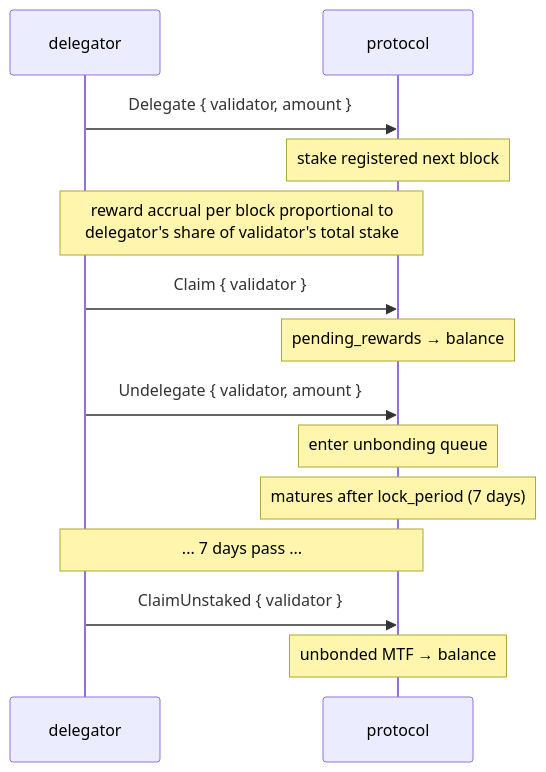
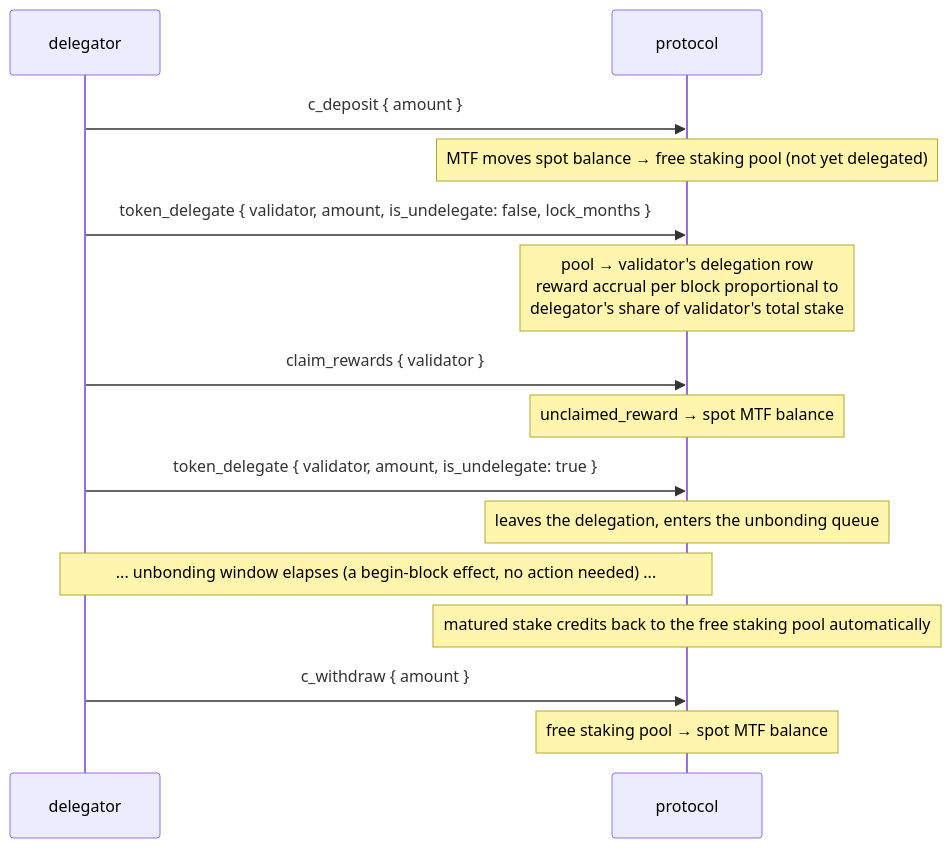
One commit to mtf-exchange/metaflux-knowledges changed the first of 2 diagrams in docs/concepts/staking.md. Above: the diagram before and after it, drawn with Mermaid. The commit also changed other lines of this file and 31 other files, not shown here.

````diff
--- a/docs/concepts/staking.md
+++ b/docs/concepts/staking.md
@@ -23,16 +23,17 @@
 ```mermaid
 sequenceDiagram
     participant D as delegator
     participant P as protocol
-    D->>P: Delegate { validator, amount }
-    Note over P: stake registered next block
-    Note over D,P: reward accrual per block proportional to<br/>delegator's share of validator's total stake
-    D->>P: Claim { validator }
-    Note over P: pending_rewards → balance
-    D->>P: Undelegate { validator, amount }
-    Note over P: enter unbonding queue
-    Note over P: matures after lock_period (7 days)
-    Note over D,P: ... 7 days pass ...
-    D->>P: ClaimUnstaked { validator }
-    Note over P: unbonded MTF → balance
+    D->>P: c_deposit { amount }
+    Note over P: MTF moves spot balance → free staking pool (not yet delegated)
+    D->>P: token_delegate { validator, amount, is_undelegate: false, lock_months }
+    Note over P: pool → validator's delegation row<br/>reward accrual per block proportional to<br/>delegator's share of validator's total stake
+    D->>P: claim_rewards { validator }
+    Note over P: unclaimed_reward → spot MTF balance
+    D->>P: token_delegate { validator, amount, is_undelegate: true }
+    Note over P: leaves the delegation, enters the unbonding queue
+    Note over D,P: ... unbonding window elapses (a begin-block effect, no action needed) ...
+    Note over P: matured stake credits back to the free staking pool automatically
+    D->>P: c_withdraw { amount }
+    Note over P: free staking pool → spot MTF balance
 ```
````
